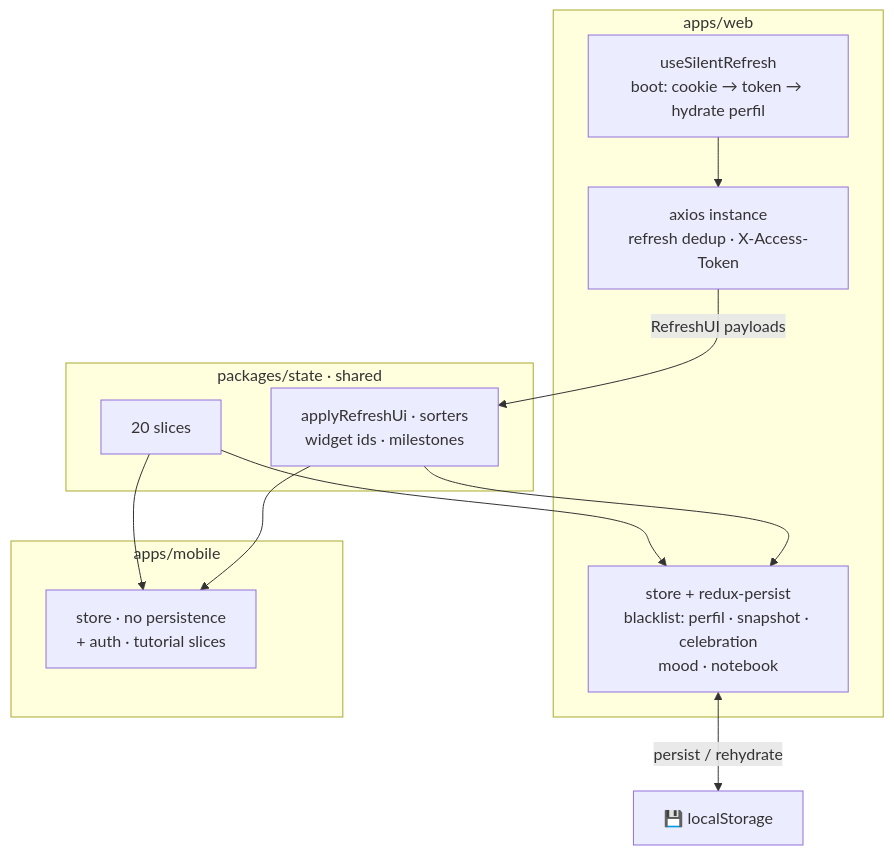
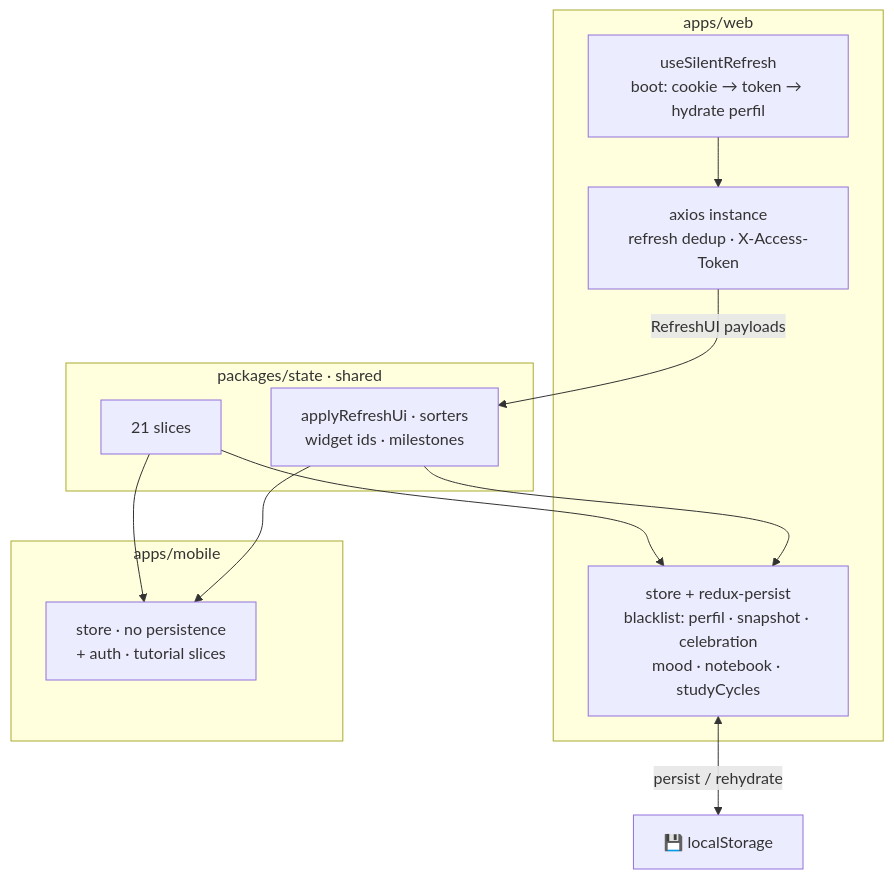
One commit to AndDev741/Beyou-arch-design changed the diagram in architecture/redux-data/diagram.mmd. Above: the diagram before and after it, drawn with Mermaid. The commit also changed 33 other files, not shown here.

```diff
--- a/architecture/redux-data/diagram.mmd
+++ b/architecture/redux-data/diagram.mmd
@@ -1,23 +1,23 @@
 flowchart TD
   subgraph pkg["packages/state · shared"]
-    SL["20 slices"]
+    SL["21 slices"]
     FN["applyRefreshUi · sorters<br/>widget ids · milestones"]
   end
 
   subgraph web["apps/web"]
-    WS["store + redux-persist<br/>blacklist: perfil · snapshot · celebration<br/>mood · notebook"]
+    WS["store + redux-persist<br/>blacklist: perfil · snapshot · celebration<br/>mood · notebook · studyCycles"]
     AX["axios instance<br/>refresh dedup · X-Access-Token"]
     SR["useSilentRefresh<br/>boot: cookie → token → hydrate perfil"]
   end
 
   subgraph mobile["apps/mobile"]
     MS["store · no persistence<br/>+ auth · tutorial slices"]
   end
 
   SL --> WS
   SL --> MS
   FN --> WS
   FN --> MS
   SR --> AX
   AX -->|"RefreshUI payloads"| FN
   WS <-->|"persist / rehydrate"| LS["💾 localStorage"]
```
